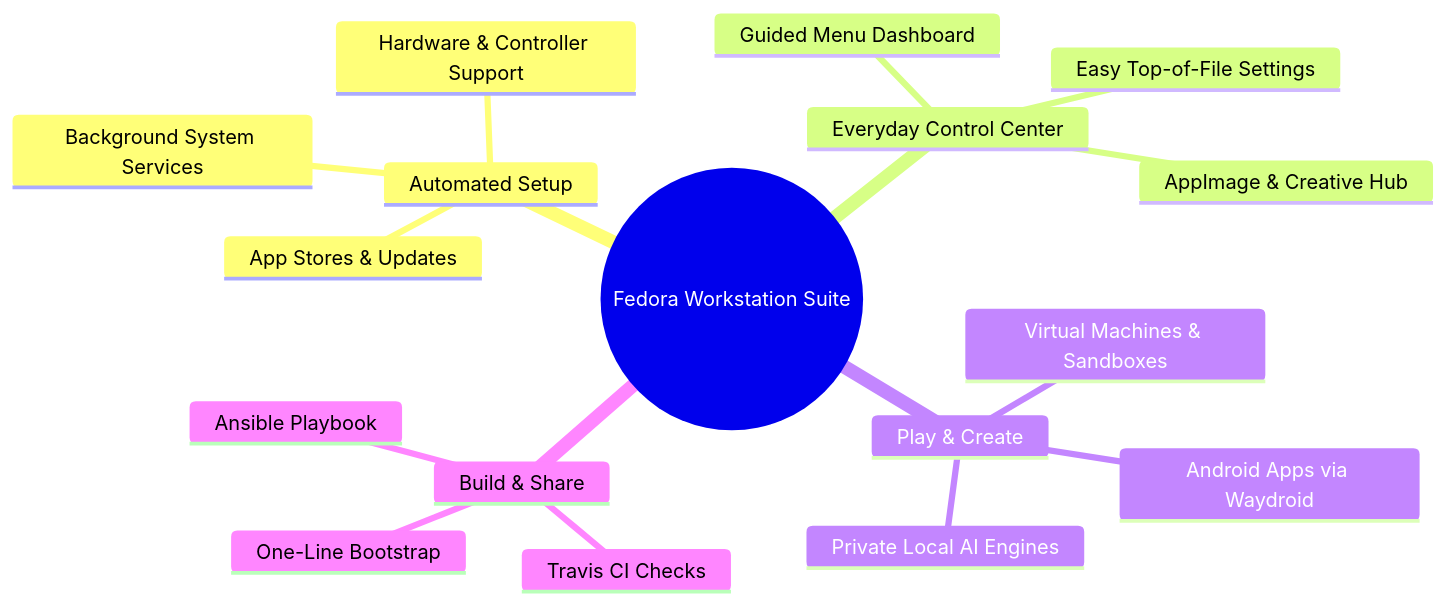
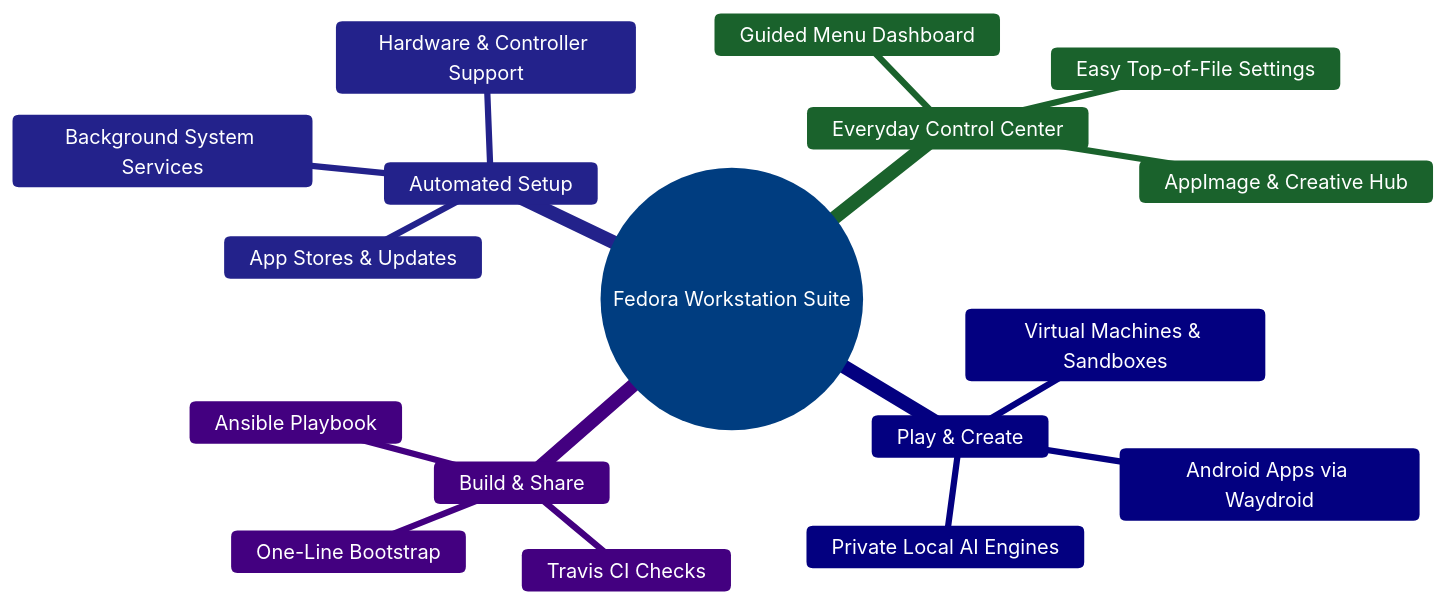
The first of 2 diagrams in README.md (AIJosue/Ansible-Playbook-Fedora-Workstation), drawn with Mermaid before and after one commit. The commit also changed other lines of this file, not shown here.

Commit message:
docs: enforce Apple HIG colors across badges and Mermaid diagrams

````diff
--- a/README.md
+++ b/README.md
@@ -29,20 +29,21 @@
 ```mermaid
+%%{init: {'theme': 'base', 'themeVariables': {'primaryColor': '#007AFF', 'primaryTextColor': '#FFFFFF', 'primaryBorderColor': '#0A84FF', 'secondaryColor': '#5856D6', 'secondaryTextColor': '#FFFFFF', 'tertiaryColor': '#34C759', 'tertiaryTextColor': '#FFFFFF', 'lineColor': '#8E8E93', 'background': '#1C1C1E', 'mainBkg': '#2C2C2E', 'nodeBkg': '#2C2C2E', 'nodeTextColor': '#F2F2F7'}}}%%
 mindmap
   root((Fedora Workstation Suite))
     Automated Setup
       App Stores & Updates
       Hardware & Controller Support
       Background System Services
     Everyday Control Center
       Guided Menu Dashboard
       AppImage & Creative Hub
       Easy Top-of-File Settings
     Play & Create
       Android Apps via Waydroid
       Virtual Machines & Sandboxes
       Private Local AI Engines
     Build & Share
       Ansible Playbook
       Travis CI Checks
       One-Line Bootstrap
 ```
````
